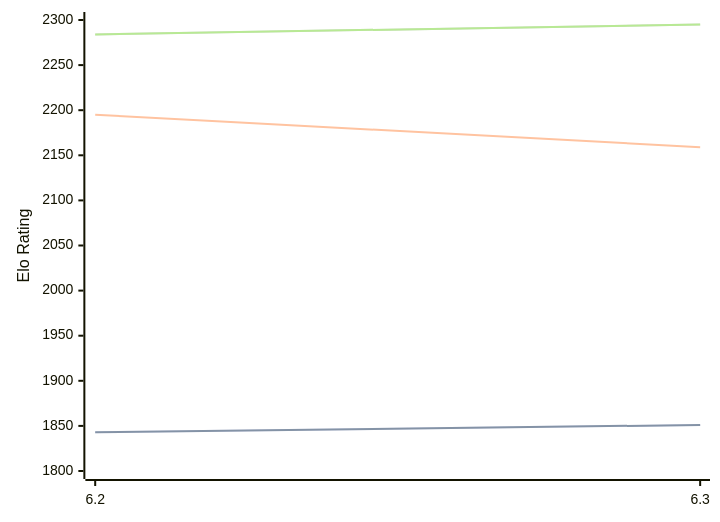
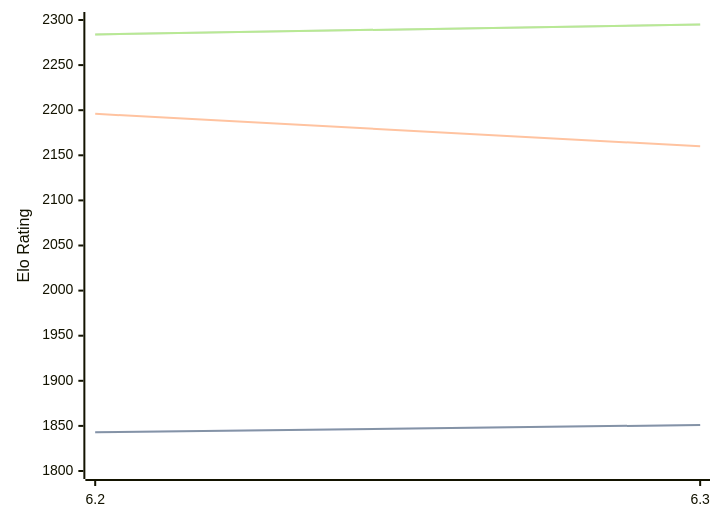
Before and after one commit to computer-chess-index/cci: the diagram in engines/chess4j.md, drawn with Mermaid. The commit also changed other lines of this file, not shown here.

````diff
--- a/engines/chess4j.md
+++ b/engines/chess4j.md
@@ -38,11 +38,11 @@
 ```mermaid
 %%{init: {"theme":"base","themeVariables":{"seriesColors:['#a3a3a3','#222221','#faa371']}}}%%
 xychart-beta
   x-axis ["6.2", "6.3"]
   y-axis "Elo Rating" 1800 --> 2300
   line "STC (8.0+0.08s)" [1843, 1851]
   line "STC (8.0+0.08s)" [1843, 1851]
-  line "LTC (60.0+0.60s)" [2195, 2159]
+  line "LTC (60.0+0.60s)" [2196, 2160]
   line "VLTC (2m24s+1.12s)" [2284, 2295]
   line "VLTC (2m24s+1.12s)" [2284, 2295]
 ```
````
